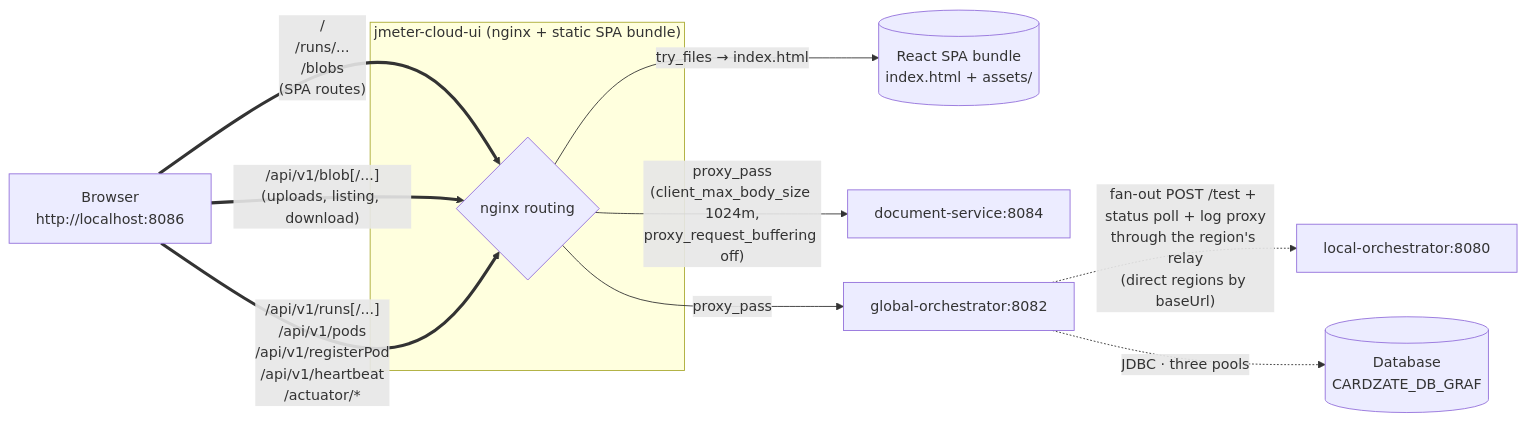
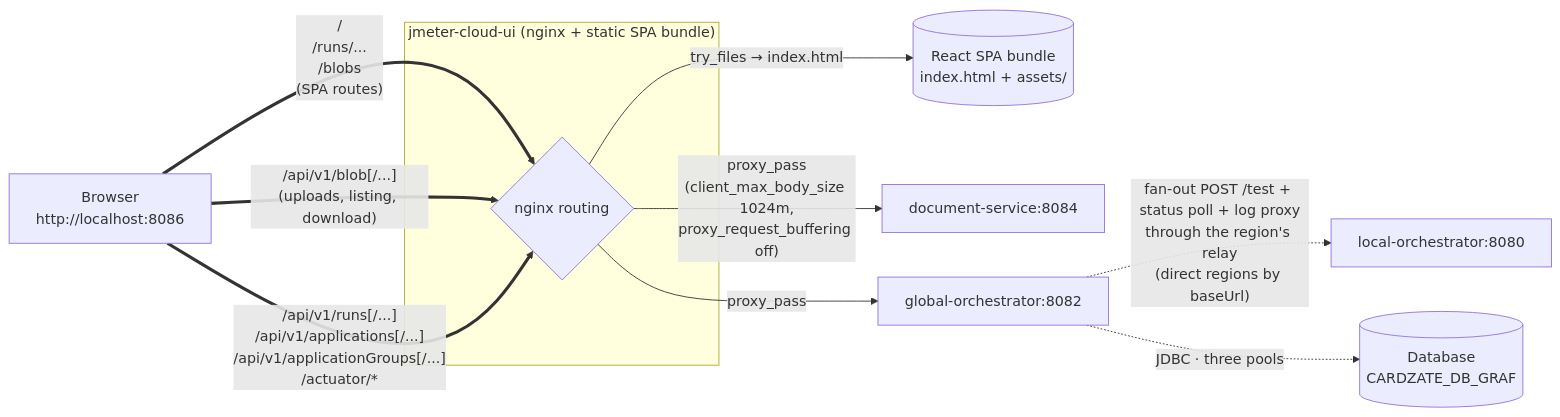
One commit to sharmakunal23/jmeter-cloud changed the sixth of 6 diagrams in docs/flowDiagrams.md. Above: the diagram before and after it, drawn with Mermaid. The commit also changed other lines of this file and 39 other files, not shown here.

````diff
--- a/docs/flowDiagrams.md
+++ b/docs/flowDiagrams.md
@@ -312,21 +312,21 @@
 ```mermaid
 flowchart LR
     B["Browser<br/>http://localhost:8086"]
 
     subgraph "jmeter-cloud-ui  (nginx + static SPA bundle)"
         NX{nginx routing}
     end
 
     B == "/<br/>/runs/...<br/>/blobs<br/>(SPA routes)" ==> NX
     NX -- "try_files → index.html" --> SPA[("React SPA bundle<br/>index.html + assets/")]
 
     B == "/api/v1/blob[/...]<br/>(uploads, listing, download)" ==> NX
     NX -- "proxy_pass<br/>(client_max_body_size 1024m,<br/>proxy_request_buffering off)" --> DS[document-service:8084]
 
-    B == "/api/v1/runs[/...]<br/>/api/v1/pods<br/>/api/v1/registerPod<br/>/api/v1/heartbeat<br/>/actuator/*" ==> NX
+    B == "/api/v1/runs[/...]<br/>/api/v1/applications[/...]<br/>/api/v1/applicationGroups[/...]<br/>/actuator/*" ==> NX
     NX -- "proxy_pass" --> GO[global-orchestrator:8082]
 
     GO -. "fan-out POST /test + status poll + log proxy<br/>through the region's relay<br/>(direct regions by baseUrl)" .-> LO[local-orchestrator:8080]
 
     GO -. "JDBC · three pools" .-> DB[(Database<br/>CARDZATE_DB_GRAF)]
 ```
````
